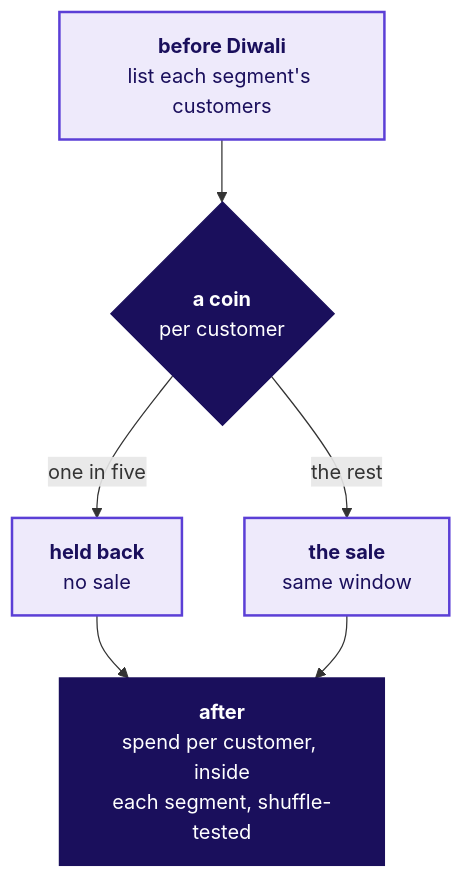
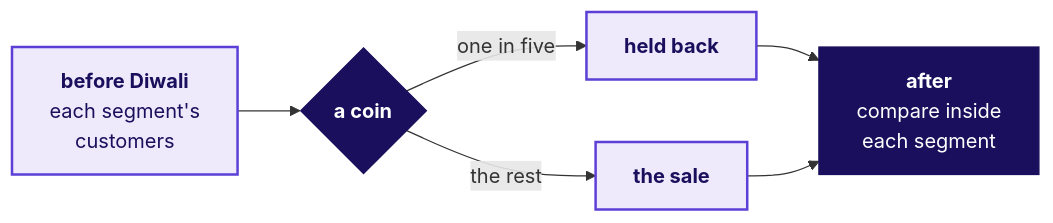
Before and after one commit to fde-academy-lab/c2-content-factory: the fifth of 14 diagrams in content/W01/D4/slides/C2_W01_D04_half2_STUDENT.md, drawn with Mermaid. The commit also changed other lines of this file and 11 other files, not shown here.

````diff
--- a/content/W01/D4/slides/C2_W01_D04_half2_STUDENT.md
+++ b/content/W01/D4/slides/C2_W01_D04_half2_STUDENT.md
@@ -215,12 +209,12 @@
 ```mermaid
-flowchart TB
-    L["<b>before Diwali</b><br/>list each segment's customers"] --> C{"<b>a coin</b><br/>per customer"}
-    C -->|"one in five"| H["<b>held back</b><br/>no sale"]
-    C -->|"the rest"| S["<b>the sale</b><br/>same window"]
-    H --> M["<b>after</b><br/>spend per customer, inside<br/>each segment, shuffle-tested"]
+flowchart LR
+    L["<b>before Diwali</b><br/>each segment's<br/>customers"] --> C{"<b>a coin</b>"}
+    C -->|"one in five"| H["<b>held back</b>"]
+    C -->|"the rest"| S["<b>the sale</b>"]
+    H --> M["<b>after</b><br/>compare inside<br/>each segment"]
     S --> M
     classDef known fill:#EEEAFB,stroke:#5B3FD6,color:#1A0F5C,stroke-width:2px
     classDef bet fill:#1A0F5C,stroke:#1A0F5C,color:#FFFFFF
     class L,H,S known
     class C,M bet
 ```
````
